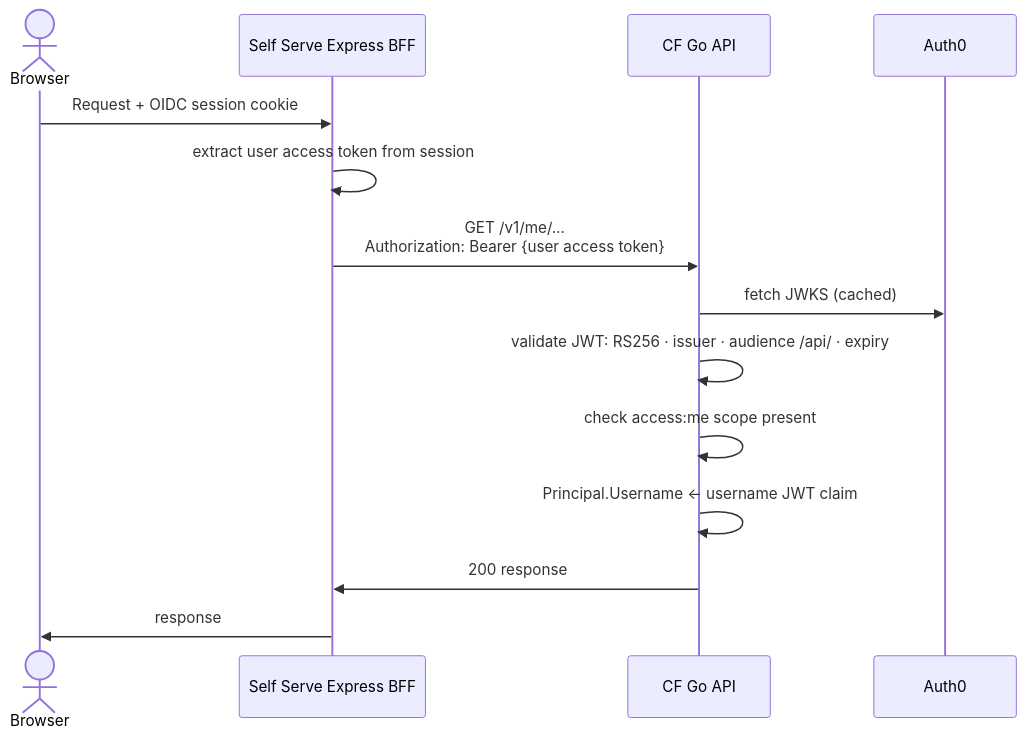
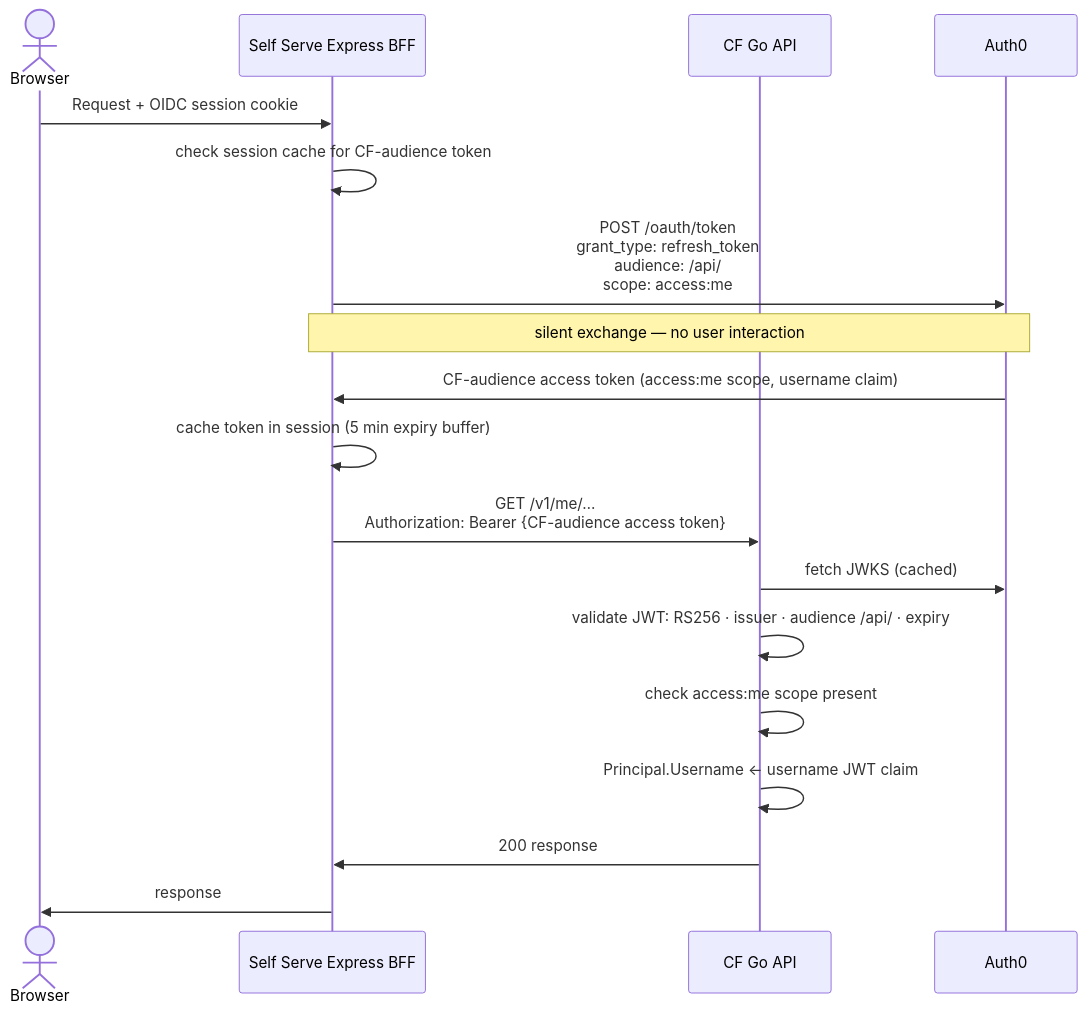
One commit to linuxfoundation/lfx-crowdfunding changed the fifth of 8 diagrams in backend/docs/rewrite/09-authentication-architecture.md. Above: the diagram before and after it, drawn with Mermaid. The commit also changed other lines of this file and 1 other file, not shown here.

First line of the commit message:
docs(auth): align 08/09 with SS multi-audience refresh token exchange

````diff
--- a/backend/docs/rewrite/09-authentication-architecture.md
+++ b/backend/docs/rewrite/09-authentication-architecture.md
@@ -198,17 +201,21 @@
 ```mermaid
 sequenceDiagram
     actor User as Browser
     participant SSBFF as Self Serve Express BFF
     participant API as CF Go API
     participant Auth0
 
     User->>SSBFF: Request + OIDC session cookie
-    SSBFF->>SSBFF: extract user access token from session
-    SSBFF->>API: GET /v1/me/…<br/>Authorization: Bearer {user access token}
+    SSBFF->>SSBFF: check session cache for CF-audience token
+    SSBFF->>Auth0: POST /oauth/token<br/>grant_type: refresh_token<br/>audience: /api/<br/>scope: access:me
+    Note over SSBFF,Auth0: silent exchange — no user interaction
+    Auth0->>SSBFF: CF-audience access token (access:me scope, username claim)
+    SSBFF->>SSBFF: cache token in session (5 min expiry buffer)
+    SSBFF->>API: GET /v1/me/…<br/>Authorization: Bearer {CF-audience access token}
     API->>Auth0: fetch JWKS (cached)
     API->>API: validate JWT: RS256 · issuer · audience /api/ · expiry
     API->>API: check access:me scope present
     API->>API: Principal.Username ← username JWT claim
     API->>SSBFF: 200 response
     SSBFF->>User: response
 ```
````
